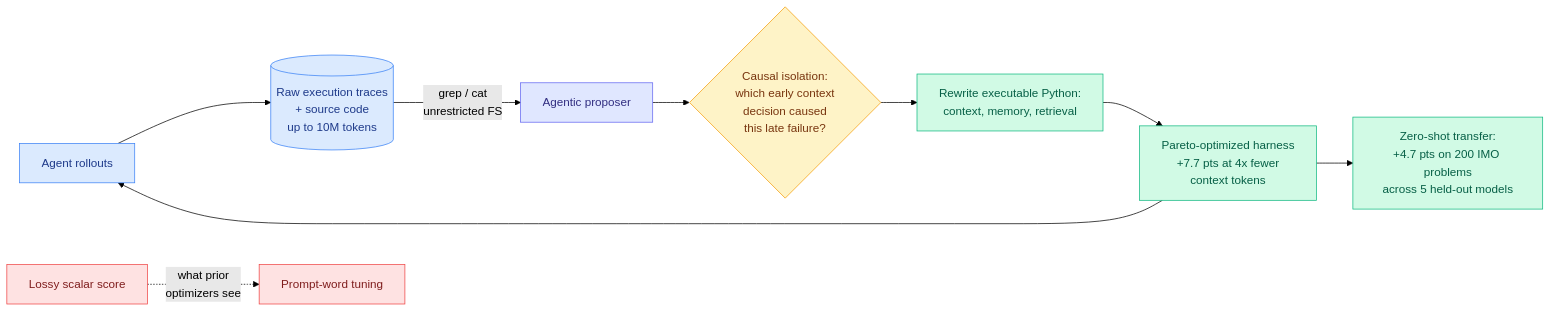
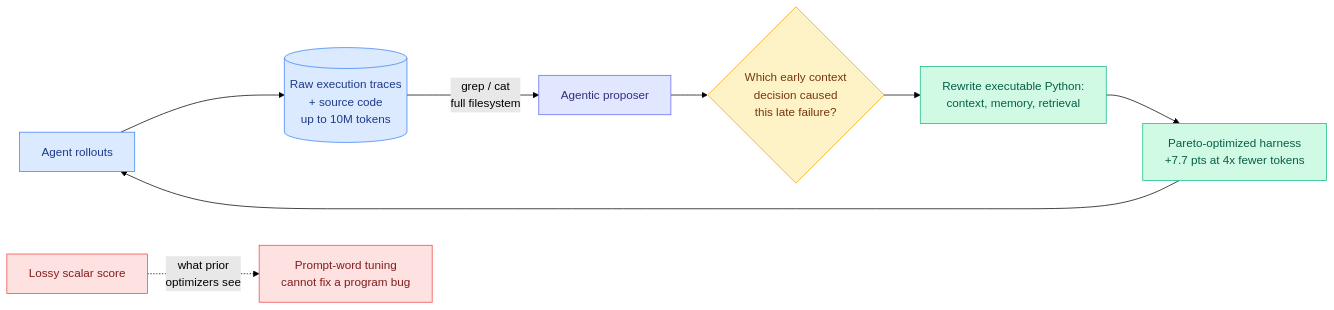
Before and after one commit to bayesiansapien/cere-bro: the diagram in wiki/media-zone/2026-08/2026-08-25.md, drawn with Mermaid (forest theme). The commit also changed other lines of this file, not shown here.

````diff
--- a/wiki/media-zone/2026-08/2026-08-25.md
+++ b/wiki/media-zone/2026-08/2026-08-25.md
@@ -38,21 +45,20 @@
 ```mermaid
 flowchart LR
   RUN[Agent rollouts] --> LOGS[(Raw execution traces<br/>+ source code<br/>up to 10M tokens)]
-  LOGS -->|grep / cat<br/>unrestricted FS| PROP[Agentic proposer]
-  PROP --> CAUSAL{Causal isolation:<br/>which early context<br/>decision caused<br/>this late failure?}
+  LOGS -->|grep / cat<br/>full filesystem| PROP[Agentic proposer]
+  PROP --> CAUSAL{Which early context<br/>decision caused<br/>this late failure?}
   CAUSAL --> REW[Rewrite executable Python:<br/>context, memory, retrieval]
-  REW --> PAR[Pareto-optimized harness<br/>+7.7 pts at 4x fewer<br/>context tokens]
+  REW --> PAR[Pareto-optimized harness<br/>+7.7 pts at 4x fewer tokens]
   PAR --> RUN
-  PAR --> XF[Zero-shot transfer:<br/>+4.7 pts on 200 IMO problems<br/>across 5 held-out models]
-  SC[Lossy scalar score] -.what prior<br/>optimizers see.-> PT[Prompt-word tuning]
+  SC[Lossy scalar score] -.what prior<br/>optimizers see.-> PT[Prompt-word tuning<br/>cannot fix a program bug]
   classDef input fill:#dbeafe,stroke:#3b82f6,color:#1e3a8a
   classDef decision fill:#fef3c7,stroke:#f59e0b,color:#78350f
   classDef output fill:#d1fae5,stroke:#10b981,color:#065f46
   classDef warn fill:#fee2e2,stroke:#ef4444,color:#7f1d1d
   classDef aux fill:#e0e7ff,stroke:#6366f1,color:#312e81
   class RUN,LOGS input
   class CAUSAL decision
-  class REW,PAR,XF output
+  class REW,PAR output
   class SC,PT warn
   class PROP aux
 ```
````
